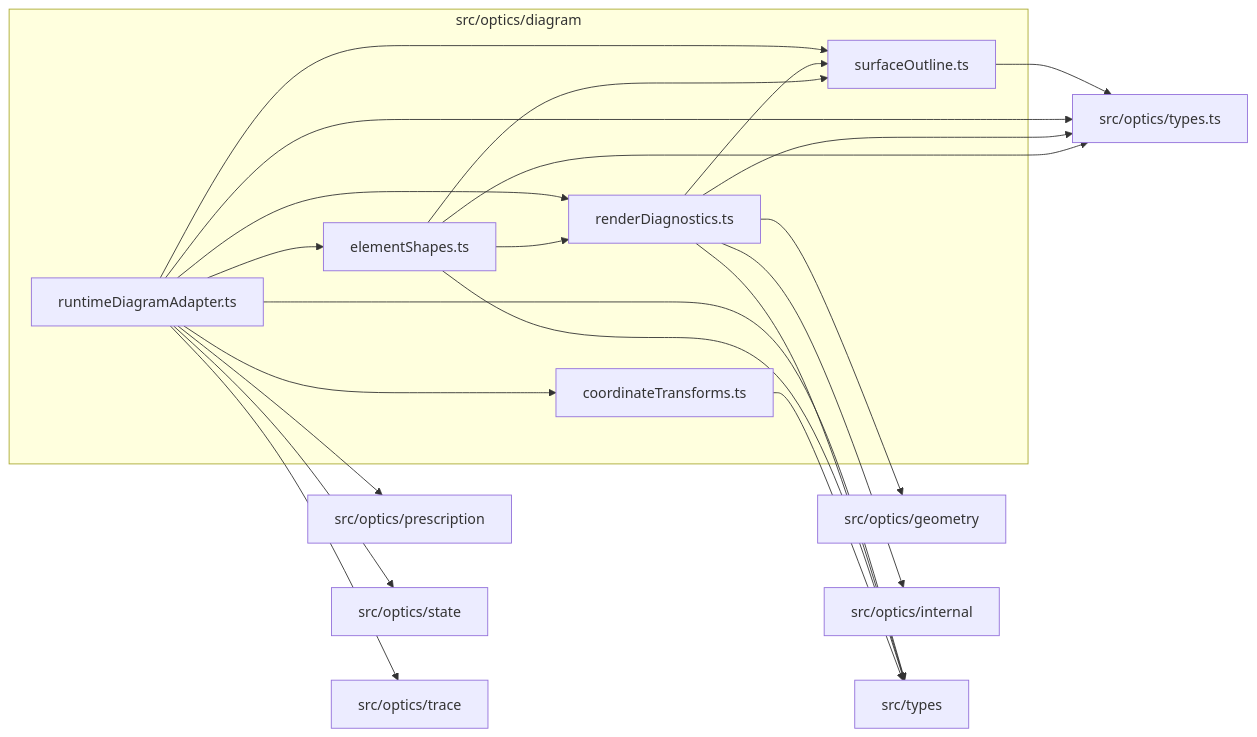
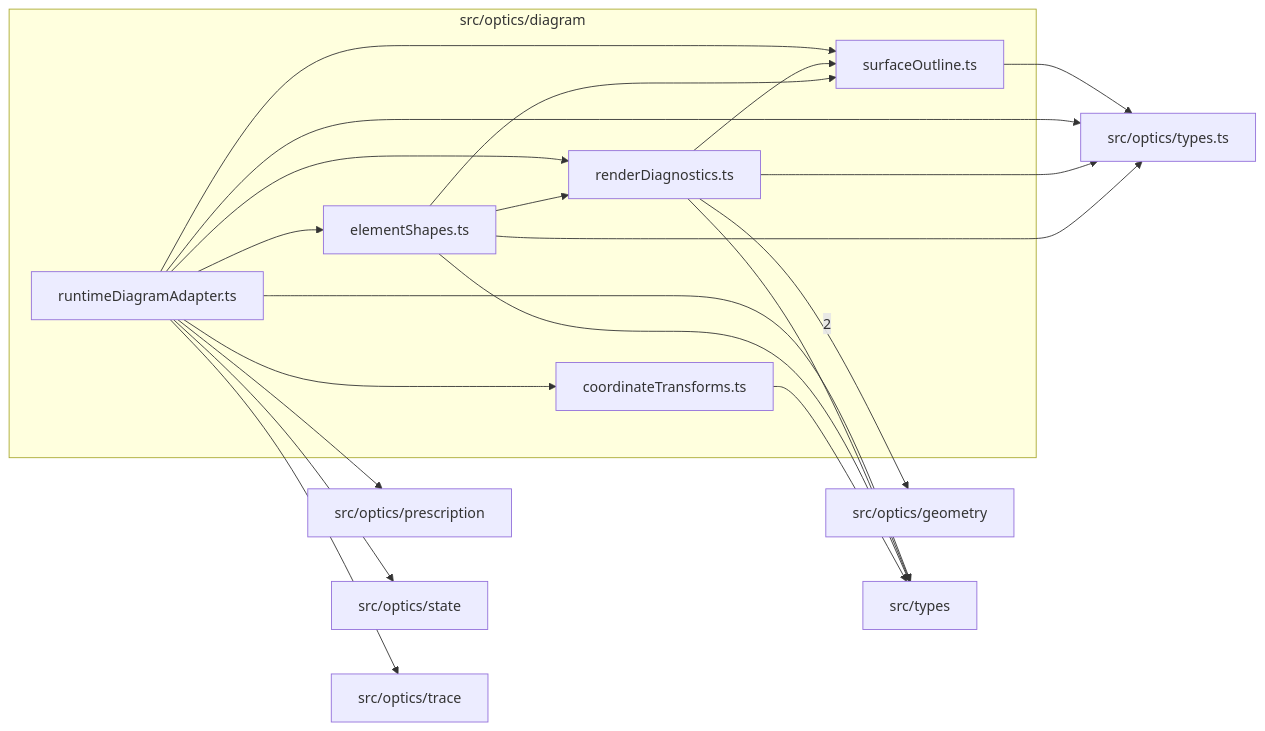
The diagram in src/optics/diagram/readme.md (ronbuening/LensVisualizer), drawn with Mermaid before and after one commit. The commit also changed other lines of this file and 37 other files, not shown here.

````diff
--- a/src/optics/diagram/readme.md
+++ b/src/optics/diagram/readme.md
@@ -9,37 +9,35 @@
 ```mermaid
 flowchart LR
   subgraph n_src_optics_diagram["src/optics/diagram"]
     n_src_optics_diagram_src_optics_diagram_coordinateTransforms_ts["coordinateTransforms.ts"]
     n_src_optics_diagram_src_optics_diagram_elementShapes_ts["elementShapes.ts"]
     n_src_optics_diagram_src_optics_diagram_renderDiagnostics_ts["renderDiagnostics.ts"]
     n_src_optics_diagram_src_optics_diagram_runtimeDiagramAdapter_ts["runtimeDiagramAdapter.ts"]
     n_src_optics_diagram_src_optics_diagram_surfaceOutline_ts["surfaceOutline.ts"]
   end
   n_external_src_optics_geometry["src/optics/geometry"]
-  n_external_src_optics_internal["src/optics/internal"]
   n_external_src_optics_prescription["src/optics/prescription"]
   n_external_src_optics_state["src/optics/state"]
   n_external_src_optics_trace["src/optics/trace"]
   n_external_src_optics_types_ts["src/optics/types.ts"]
   n_external_src_types["src/types"]
-  n_src_optics_diagram_src_optics_diagram_renderDiagnostics_ts --> n_external_src_optics_geometry
-  n_src_optics_diagram_src_optics_diagram_renderDiagnostics_ts --> n_external_src_optics_internal
+  n_src_optics_diagram_src_optics_diagram_renderDiagnostics_ts --> |2| n_external_src_optics_geometry
   n_src_optics_diagram_src_optics_diagram_runtimeDiagramAdapter_ts --> n_external_src_optics_prescription
   n_src_optics_diagram_src_optics_diagram_runtimeDiagramAdapter_ts --> n_external_src_optics_state
   n_src_optics_diagram_src_optics_diagram_runtimeDiagramAdapter_ts --> n_external_src_optics_trace
   n_src_optics_diagram_src_optics_diagram_elementShapes_ts --> n_external_src_optics_types_ts
   n_src_optics_diagram_src_optics_diagram_renderDiagnostics_ts --> n_external_src_optics_types_ts
   n_src_optics_diagram_src_optics_diagram_runtimeDiagramAdapter_ts --> n_external_src_optics_types_ts
   n_src_optics_diagram_src_optics_diagram_surfaceOutline_ts --> n_external_src_optics_types_ts
   n_src_optics_diagram_src_optics_diagram_coordinateTransforms_ts --> n_external_src_types
   n_src_optics_diagram_src_optics_diagram_elementShapes_ts --> n_external_src_types
   n_src_optics_diagram_src_optics_diagram_renderDiagnostics_ts --> n_external_src_types
   n_src_optics_diagram_src_optics_diagram_runtimeDiagramAdapter_ts --> n_external_src_types
   n_src_optics_diagram_src_optics_diagram_runtimeDiagramAdapter_ts --> n_src_optics_diagram_src_optics_diagram_coordinateTransforms_ts
   n_src_optics_diagram_src_optics_diagram_runtimeDiagramAdapter_ts --> n_src_optics_diagram_src_optics_diagram_elementShapes_ts
   n_src_optics_diagram_src_optics_diagram_elementShapes_ts --> n_src_optics_diagram_src_optics_diagram_renderDiagnostics_ts
   n_src_optics_diagram_src_optics_diagram_runtimeDiagramAdapter_ts --> n_src_optics_diagram_src_optics_diagram_renderDiagnostics_ts
   n_src_optics_diagram_src_optics_diagram_elementShapes_ts --> n_src_optics_diagram_src_optics_diagram_surfaceOutline_ts
   n_src_optics_diagram_src_optics_diagram_renderDiagnostics_ts --> n_src_optics_diagram_src_optics_diagram_surfaceOutline_ts
   n_src_optics_diagram_src_optics_diagram_runtimeDiagramAdapter_ts --> n_src_optics_diagram_src_optics_diagram_surfaceOutline_ts
 ```
````
